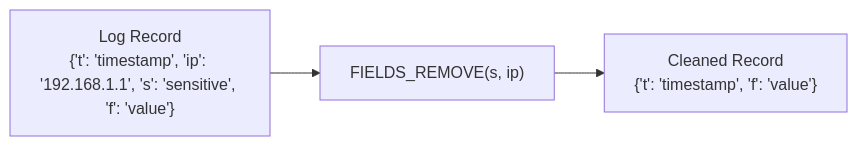
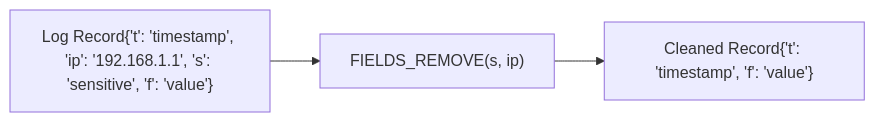
One commit to Marc-Nueno-Montolio/EC_onsite changed the fifth of 18 diagrams in app/courses/01-log-monitoring/sections/05-create-log-processing-rules/content.md. Above: the diagram before and after it, drawn with Mermaid. The commit also changed other lines of this file and 7 other files, not shown here.

````diff
--- a/app/courses/01-log-monitoring/sections/05-create-log-processing-rules/content.md
+++ b/app/courses/01-log-monitoring/sections/05-create-log-processing-rules/content.md
@@ -83,6 +87,6 @@
-	```mermaid
+```mermaid
 	graph LR
-	    A["Log Record<br>{'t': 'timestamp', 'ip': '192.168.1.1', 's': 'sensitive', 'f': 'value'}"] -->
-	    B["FIELDS_REMOVE(s, ip)"] -->
-	    C["Cleaned Record<br>{'t': 'timestamp', 'f': 'value'}"]
-	```
+	A["Log Record{'t': 'timestamp', 'ip': '192.168.1.1', 's': 'sensitive', 'f': 'value'}"] -->
+	B["FIELDS_REMOVE(s, ip)"] -->
+	C["Cleaned Record{'t': 'timestamp', 'f': 'value'}"]
+```
````
